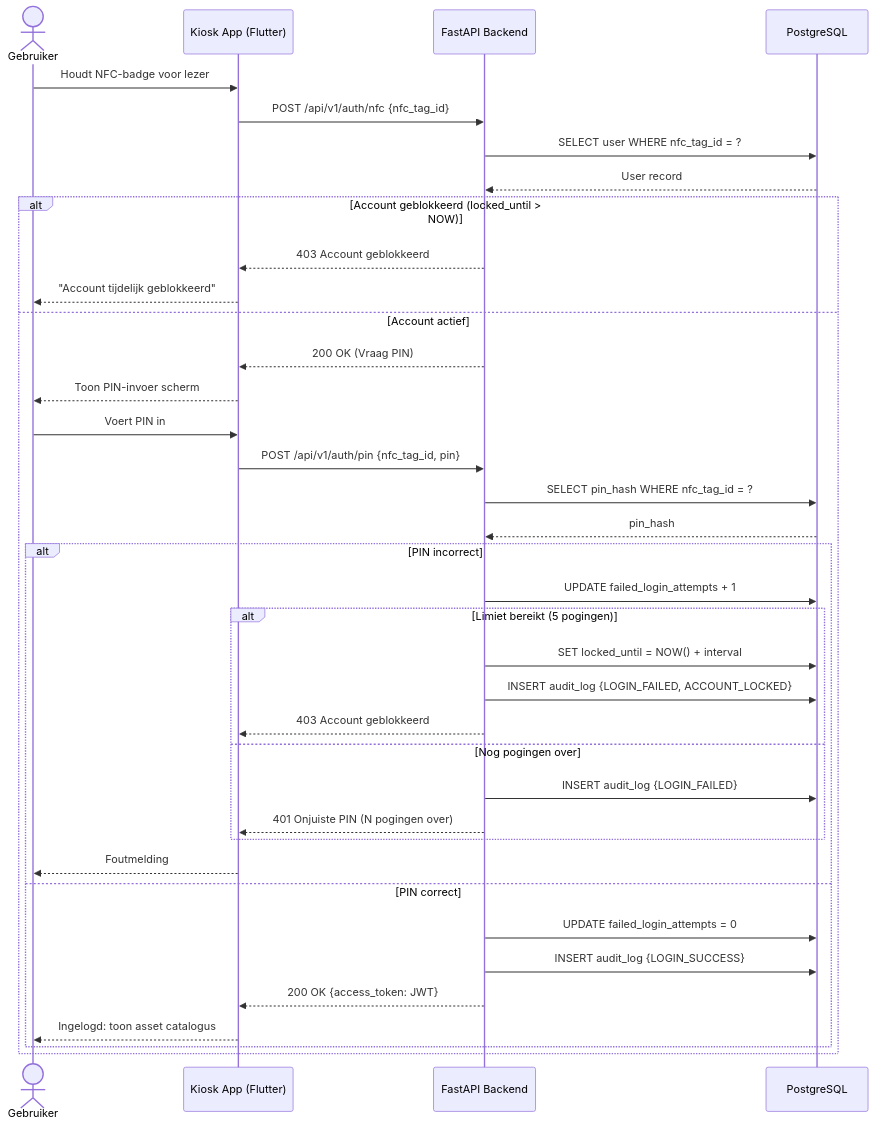
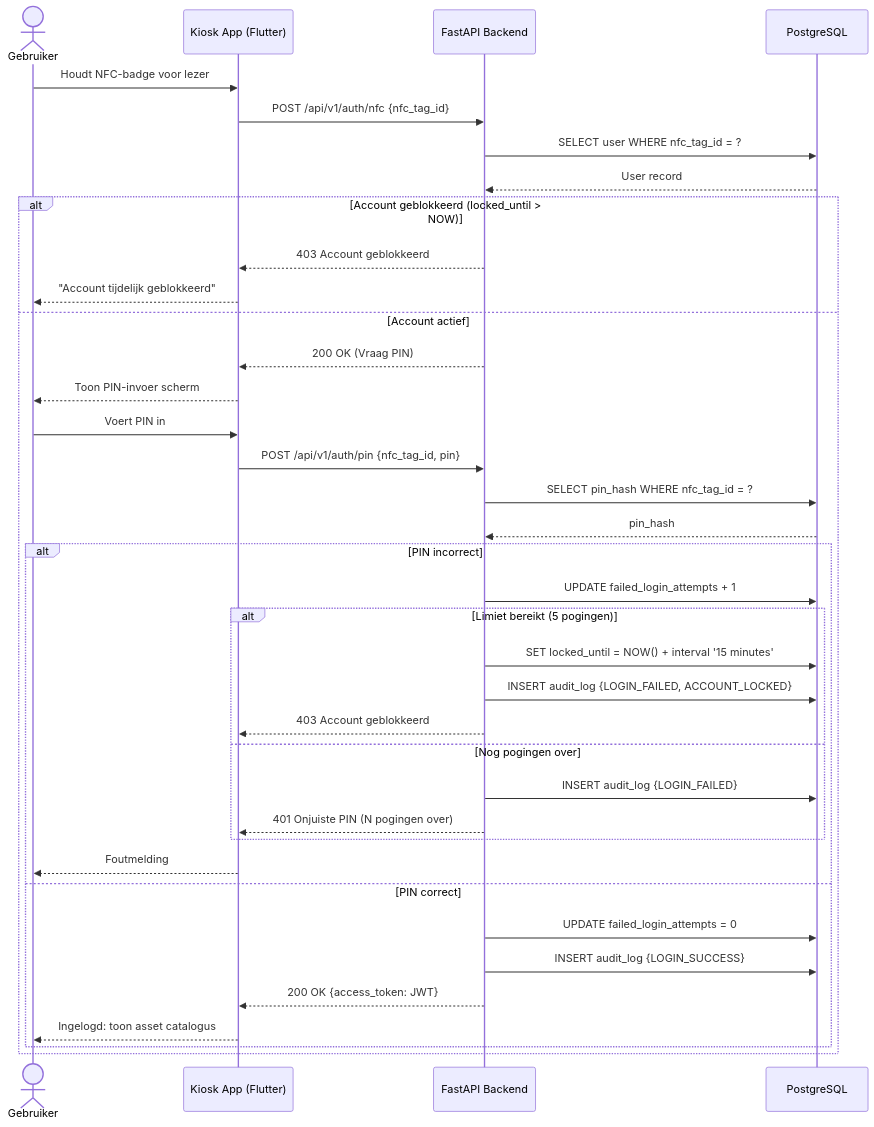
One commit to easylend-practice-enterprise/easylend changed the first of 4 diagrams in docs/workflows.md. Above: the diagram before and after it, drawn with Mermaid. The commit also changed 1 other file, not shown here.

Commit message:
docs: explicit 15m lockout interval and clean mermaid string quotes

````diff
--- a/docs/workflows.md
+++ b/docs/workflows.md
@@ -19,43 +19,43 @@
 ```mermaid
 sequenceDiagram
     actor User as Gebruiker
     participant App as Kiosk App (Flutter)
     participant API as FastAPI Backend
     participant DB as PostgreSQL
 
     User->>App: Houdt NFC-badge voor lezer
     App->>API: POST /api/v1/auth/nfc {nfc_tag_id}
     API->>DB: SELECT user WHERE nfc_tag_id = ?
     DB-->>API: User record
 
     alt Account geblokkeerd (locked_until > NOW)
         API-->>App: 403 Account geblokkeerd
         App-->>User: "Account tijdelijk geblokkeerd"
     else Account actief
         API-->>App: 200 OK (Vraag PIN)
         App-->>User: Toon PIN-invoer scherm
         User->>App: Voert PIN in
         App->>API: POST /api/v1/auth/pin {nfc_tag_id, pin}
         API->>DB: SELECT pin_hash WHERE nfc_tag_id = ?
         DB-->>API: pin_hash
 
         alt PIN incorrect
             API->>DB: UPDATE failed_login_attempts + 1
             alt Limiet bereikt (5 pogingen)
-                API->>DB: SET locked_until = NOW() + interval
+                API->>DB: SET locked_until = NOW() + interval '15 minutes'
                 API->>DB: INSERT audit_log {LOGIN_FAILED, ACCOUNT_LOCKED}
                 API-->>App: 403 Account geblokkeerd
             else Nog pogingen over
                 API->>DB: INSERT audit_log {LOGIN_FAILED}
                 API-->>App: 401 Onjuiste PIN (N pogingen over)
             end
             App-->>User: Foutmelding
         else PIN correct
             API->>DB: UPDATE failed_login_attempts = 0
             API->>DB: INSERT audit_log {LOGIN_SUCCESS}
             API-->>App: 200 OK {access_token: JWT}
             App-->>User: Ingelogd: toon asset catalogus
         end
     end
 
 ```
````
